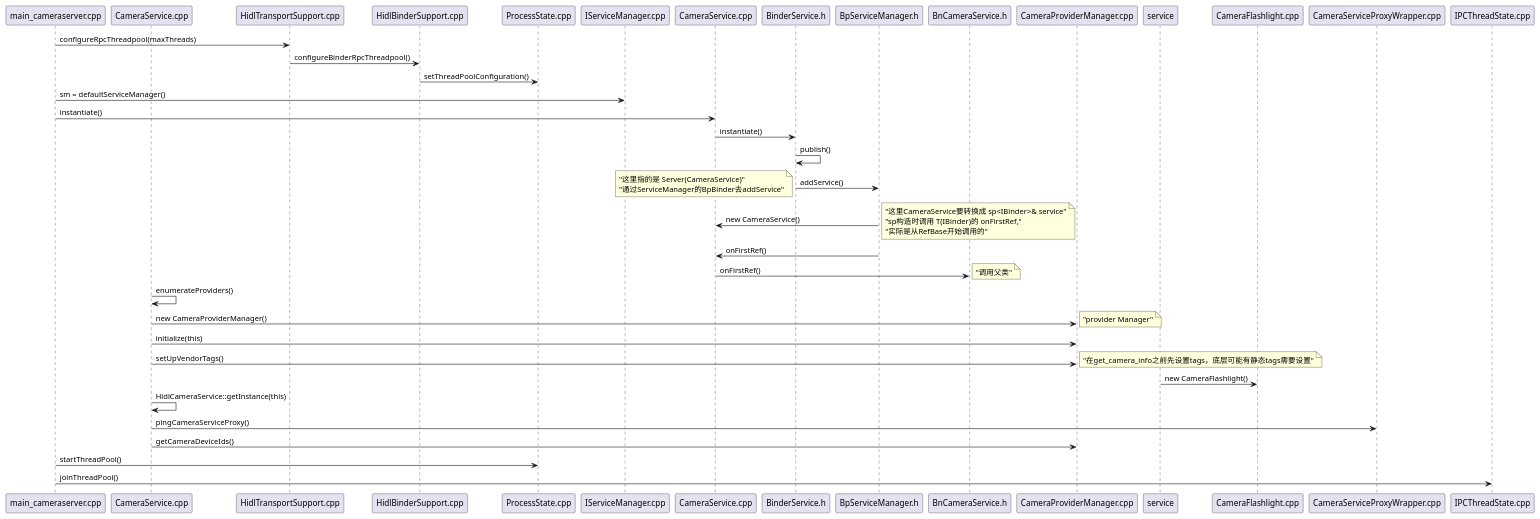
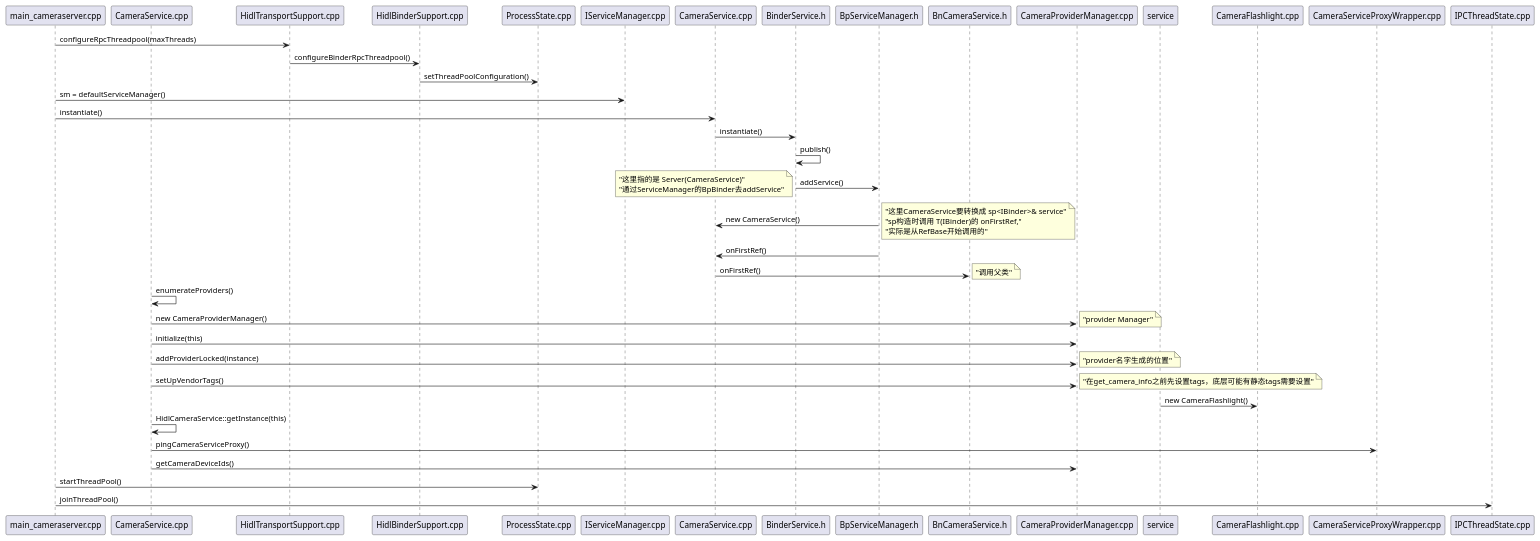
The diagram in source/_posts/android_uml/camera_hardware_squ.wsd (phoenixwxy/phoenixwxy.github.io), drawn with PlantUML before and after one commit. The commit also changed 1 other file, not shown here.

```diff
--- a/source/_posts/android_uml/camera_hardware_squ.wsd
+++ b/source/_posts/android_uml/camera_hardware_squ.wsd
@@ -1,60 +1,63 @@
 @startuml CameraHardwareSquence
 
 participant main_cameraserver.cpp as main
 participant CameraService.cpp as Service
 
 
 
 main -> HidlTransportSupport.cpp : configureRpcThreadpool(maxThreads)
 HidlTransportSupport.cpp -> HidlBinderSupport.cpp : configureBinderRpcThreadpool()
 HidlBinderSupport.cpp -> ProcessState.cpp : setThreadPoolConfiguration()
 main -> IServiceManager.cpp : sm = defaultServiceManager()
 main -> CameraService.cpp : instantiate()
 
 
 
     CameraService.cpp -> BinderService.h : instantiate()
     BinderService.h -> BinderService.h : publish()
     BinderService.h -> BpServiceManager.h : addService()
     note left
     "这里指的是 Server(CameraService)"
     "通过ServiceManager的BpBinder去addService"
     end note
         BpServiceManager.h -> CameraService.cpp : new CameraService()
         note right
         "这里CameraService要转换成 sp<IBinder>& service"
         "sp构造时调用 T(IBinder)的 onFirstRef,"
         "实际是从RefBase开始调用的"
         end note
         BpServiceManager.h -> CameraService.cpp : onFirstRef()
             CameraService.cpp -> BnCameraService.h : onFirstRef()
             note right
             "调用父类"
             end note
             Service -> Service : enumerateProviders()
                 Service -> CameraProviderManager.cpp : new CameraProviderManager()
                 note right
                 "provider Manager"
                 end note
                 Service -> CameraProviderManager.cpp : initialize(this)
-                    
+                        Service -> CameraProviderManager.cpp : addProviderLocked(instance)
+                    note right
+                    "provider名字生成的位置"
+                    end note
                 Service -> CameraProviderManager.cpp : setUpVendorTags()
                 note right
                 "在get_camera_info之前先设置tags，底层可能有静态tags需要设置"
                 end note
                 service -> CameraFlashlight.cpp : new CameraFlashlight()
 
             Service -> Service : HidlCameraService::getInstance(this)
             Service -> CameraServiceProxyWrapper.cpp : pingCameraServiceProxy()
             Service -> CameraProviderManager.cpp : getCameraDeviceIds()
 
 
 
 
 main -> ProcessState.cpp : startThreadPool()
 main -> IPCThreadState.cpp : joinThreadPool()
 
 
 
 
 @enduml
```
